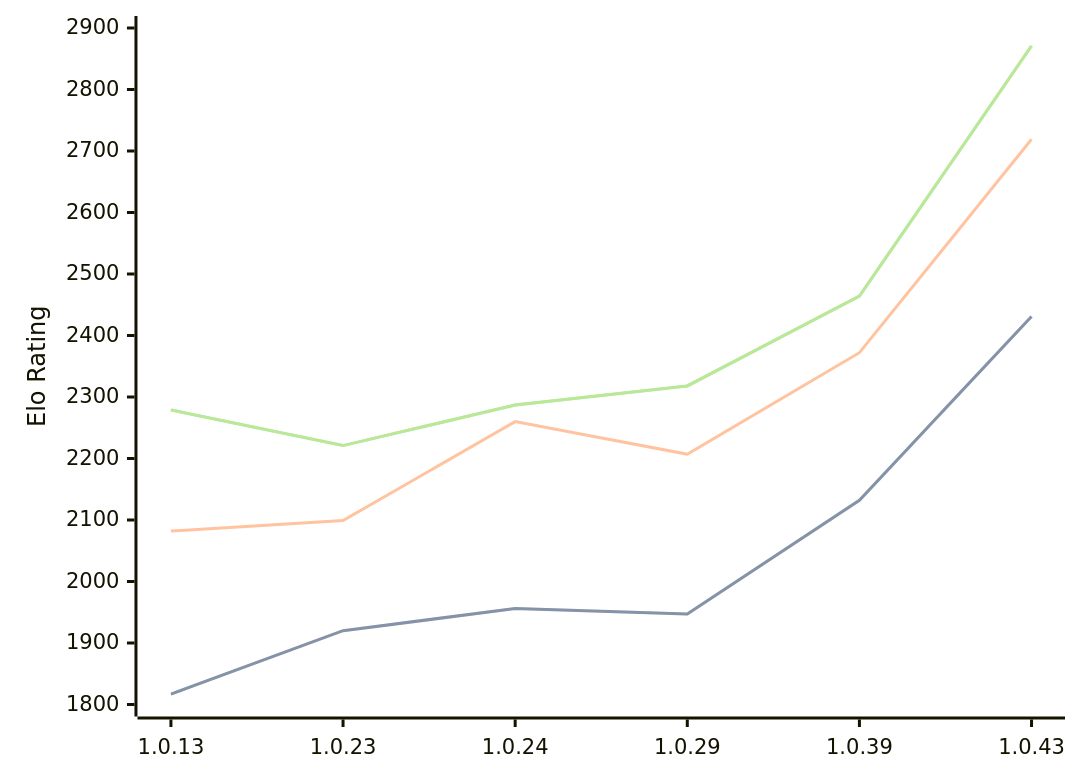
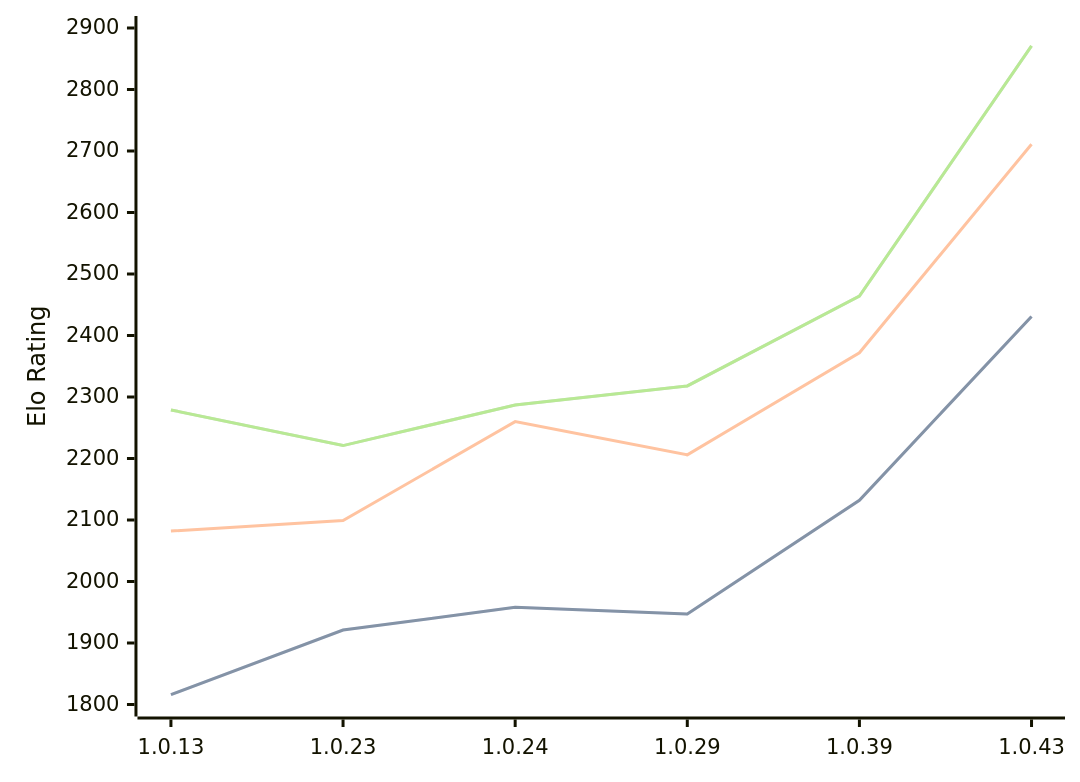
One commit to computer-chess-index/cci changed the diagram in engines/RustyRival.md. Above: the diagram before and after it, drawn with Mermaid. The commit also changed other lines of this file, not shown here.

````diff
--- a/engines/RustyRival.md
+++ b/engines/RustyRival.md
@@ -68,11 +68,11 @@
 ```mermaid
 %%{init: {"theme":"base","themeVariables":{"seriesColors:['#a3a3a3','#222221','#faa371']}}}%%
 xychart-beta
   x-axis ["1.0.13", "1.0.23", "1.0.24", "1.0.29", "1.0.39", "1.0.43"]
   y-axis "Elo Rating" 1800 --> 2900
-  line "STC (8.0+0.08s)" [1817, 1920, 1956, 1947, 2132, 2431]
-  line "STC (8.0+0.08s)" [1817, 1920, 1956, 1947, 2132, 2431]
-  line "LTC (60.0+0.60s)" [2082, 2099, 2260, 2207, 2372, 2719]
+  line "STC (8.0+0.08s)" [1816, 1921, 1958, 1947, 2132, 2431]
+  line "STC (8.0+0.08s)" [1816, 1921, 1958, 1947, 2132, 2431]
+  line "LTC (60.0+0.60s)" [2082, 2099, 2260, 2206, 2372, 2711]
   line "VLTC (2m24s+1.12s)" [2279, 2221, 2287, 2318, 2464, 2871]
   line "VLTC (2m24s+1.12s)" [2279, 2221, 2287, 2318, 2464, 2871]
 ```
````
